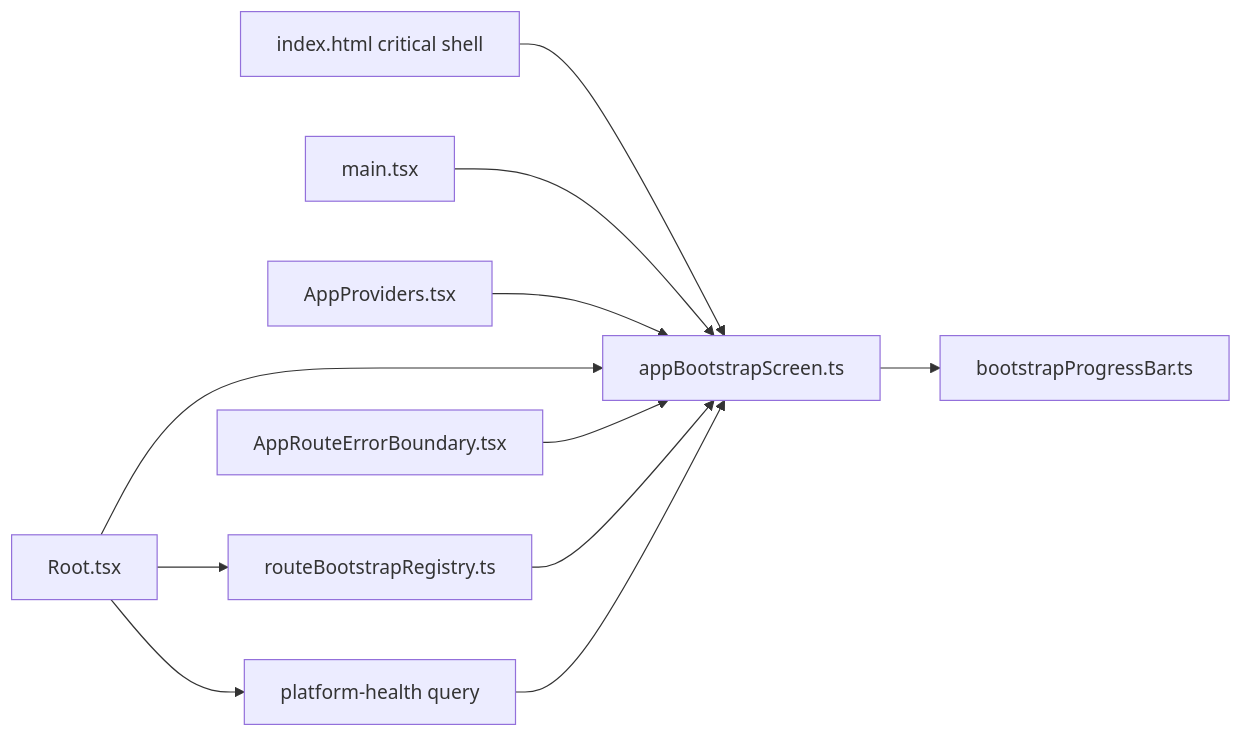
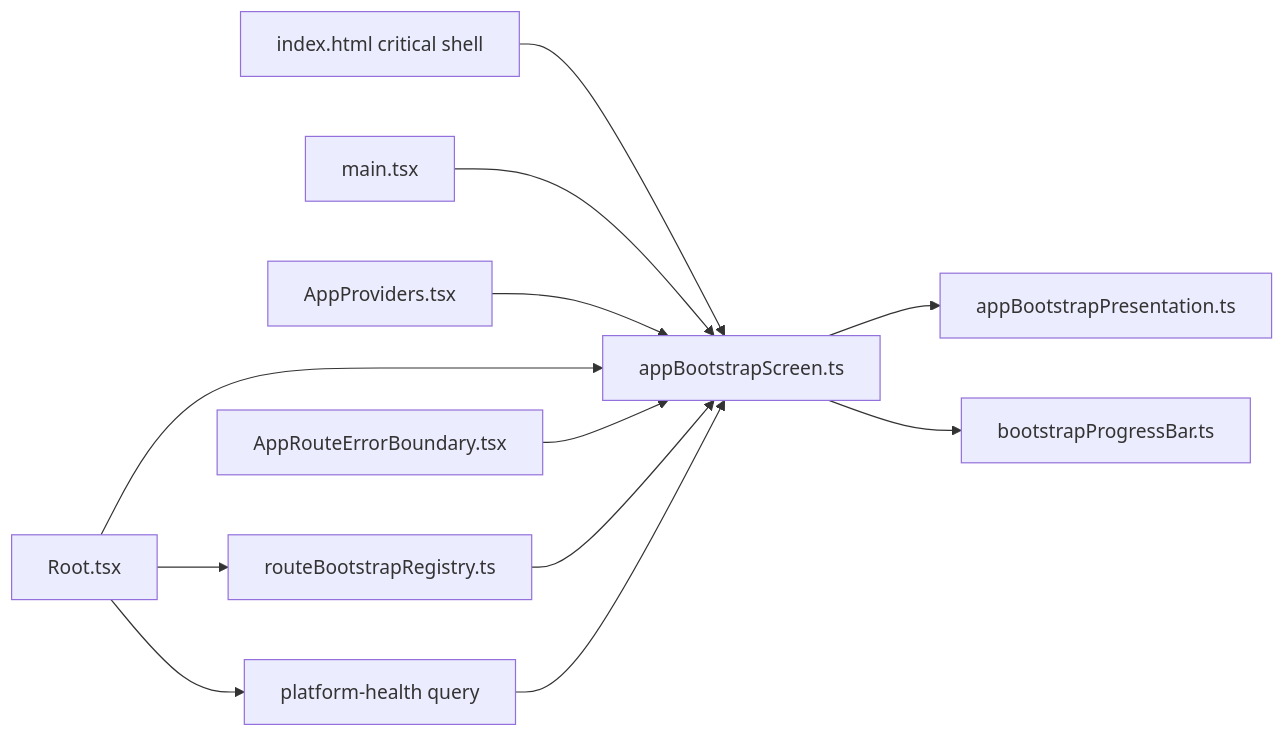
One commit to dunay2/dvt changed the third of 3 diagrams in docs/architecture/components/web/app-bootstrap-screen-component.md. Above: the diagram before and after it, drawn with Mermaid. The commit also changed other lines of this file and 6 other files, not shown here.

Commit message:
refactor(web): Separate bootstrap presentation model

````diff
--- a/docs/architecture/components/web/app-bootstrap-screen-component.md
+++ b/docs/architecture/components/web/app-bootstrap-screen-component.md
@@ -77,13 +108,14 @@
 ```mermaid
 flowchart LR
   Html["index.html critical shell"] --> Bootstrap["appBootstrapScreen.ts"]
   Main["main.tsx"] --> Bootstrap
   Providers["AppProviders.tsx"] --> Bootstrap
   Root["Root.tsx"] --> Bootstrap
   RouteErrors["AppRouteErrorBoundary.tsx"] --> Bootstrap
+  Bootstrap --> Presentation["appBootstrapPresentation.ts"]
   Root --> RouteBootstrap["routeBootstrapRegistry.ts"]
   Root --> Health["platform-health query"]
   RouteBootstrap --> Bootstrap
   Health --> Bootstrap
   Bootstrap --> Progress["bootstrapProgressBar.ts"]
 ```
````
